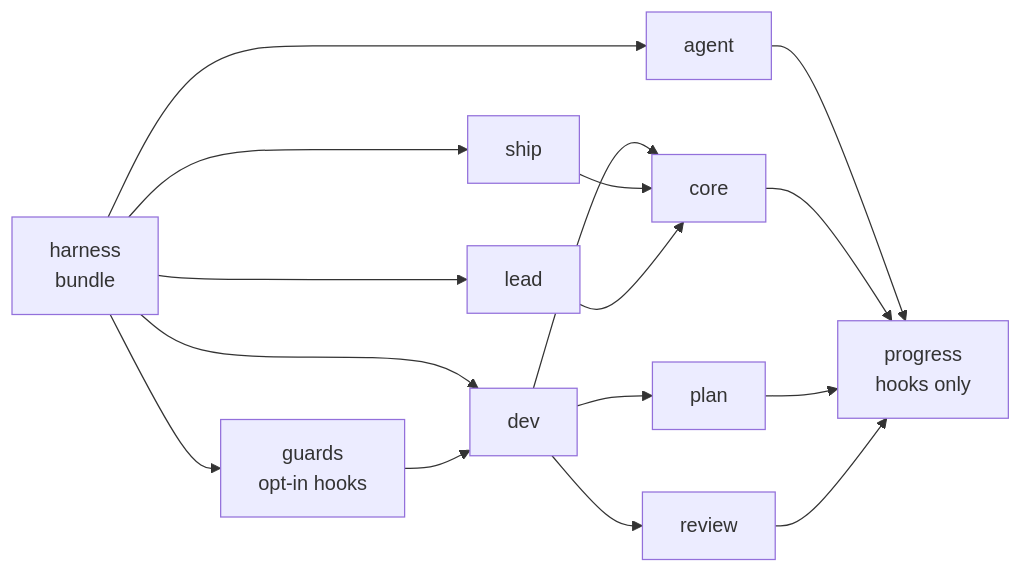
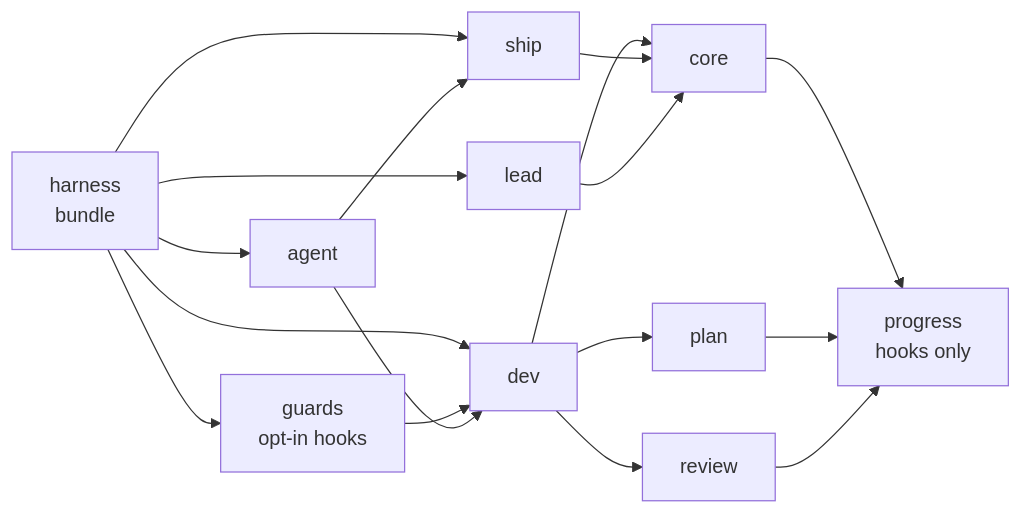
Before and after one commit to thanghokdps/claude-root: the first of 3 diagrams in DESIGN.md, drawn with Mermaid. The commit also changed other lines of this file and 20 other files, not shown here.

Commit message:
feat: agent depends on dev and ship; hand off to verify, review, ship

````diff
--- a/DESIGN.md
+++ b/DESIGN.md
@@ -18,14 +18,14 @@
 ```mermaid
 graph LR
   kit[harness<br/>bundle]
   kit --> dev & ship & agent & lead & guards
   dev[dev] --> core & plan & review
   ship[ship] --> core
   lead[lead] --> core
   guards[guards<br/>opt-in hooks] --> dev
-  agent[agent] --> progress
+  agent[agent] --> dev & ship
   core[core] --> progress
   plan[plan] --> progress
   review[review] --> progress
   progress[progress<br/>hooks only]
 ```
````
